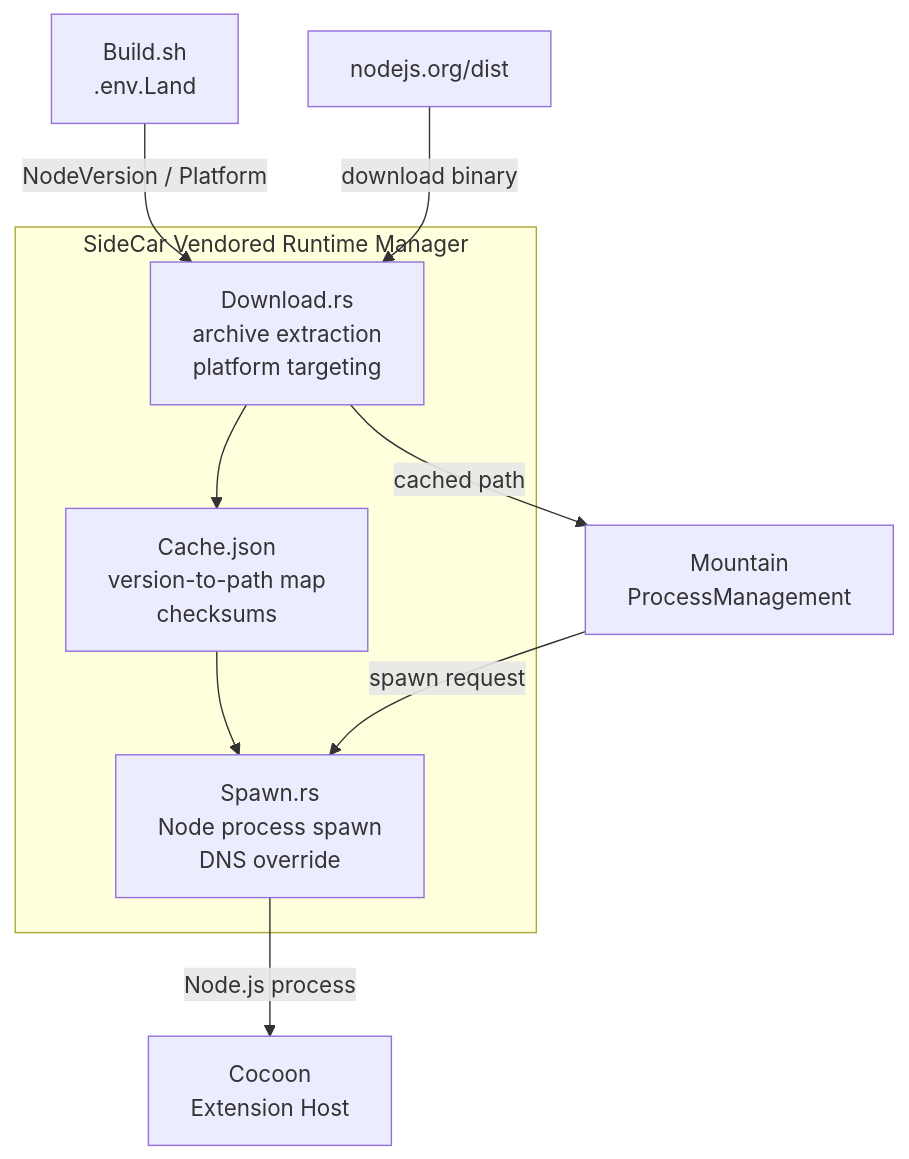
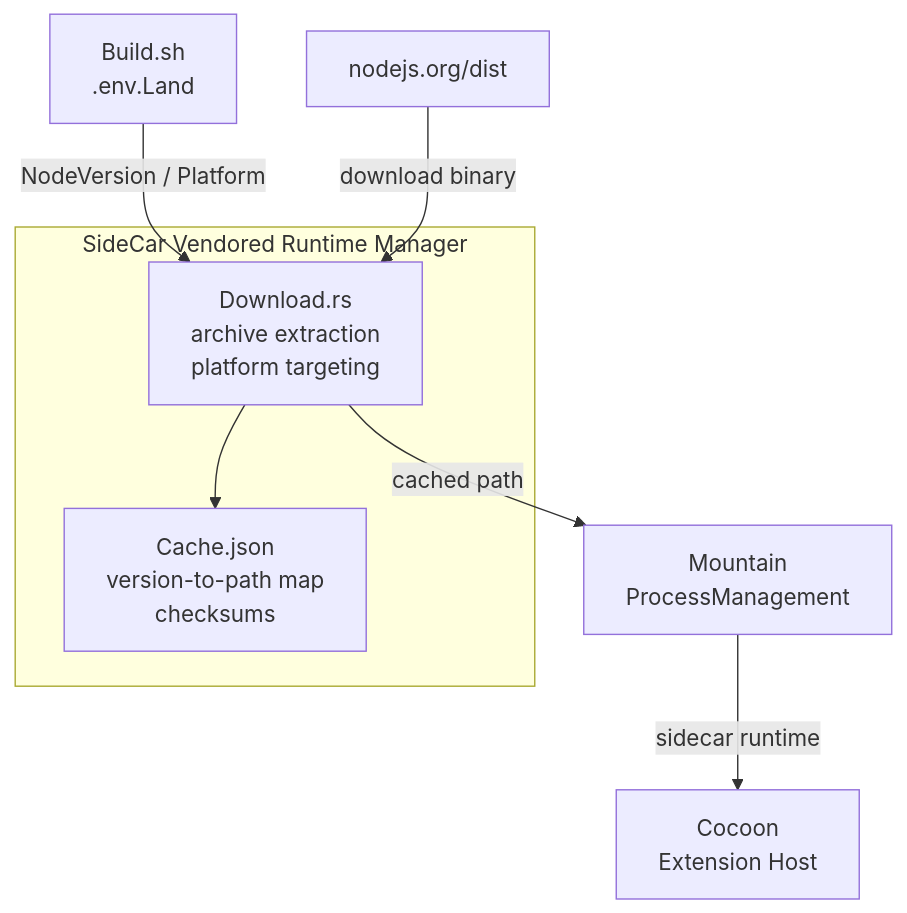
Before and after one commit to CodeEditorLand/SideCar: the diagram in Documentation/GitHub/Architecture.md, drawn with Mermaid. The commit also changed other lines of this file and 5 other files, not shown here.

````diff
--- a/Documentation/GitHub/Architecture.md
+++ b/Documentation/GitHub/Architecture.md
@@ -26,17 +25,14 @@
 ```mermaid
 graph TB
     subgraph SideCar["SideCar Vendored Runtime Manager"]
         DL["Download.rs<br/>archive extraction<br/>platform targeting"]
-        SP["Spawn.rs<br/>Node process spawn<br/>DNS override"]
         CACHE["Cache.json<br/>version-to-path map<br/>checksums"]
 
         DL --> CACHE
-        CACHE --> SP
     end
 
     BUILD["Build.sh<br/>.env.Land"] -->|"NodeVersion / Platform"| DL
     NODE["nodejs.org/dist"] -->|"download binary"| DL
     DL -->|"cached path"| MOUNTAIN["Mountain<br/>ProcessManagement"]
-    MOUNTAIN -->|"spawn request"| SP
-    SP -->|"Node.js process"| COCOON["Cocoon<br/>Extension Host"]
+    MOUNTAIN -->|"sidecar runtime"| COCOON["Cocoon<br/>Extension Host"]
 ```
````
